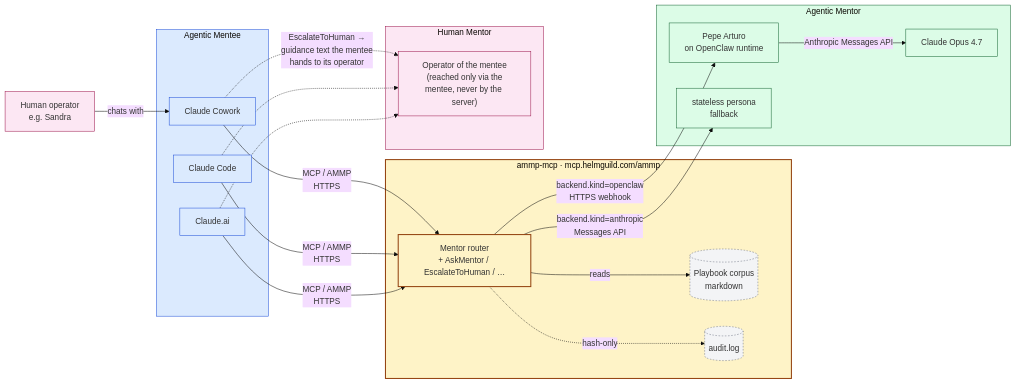
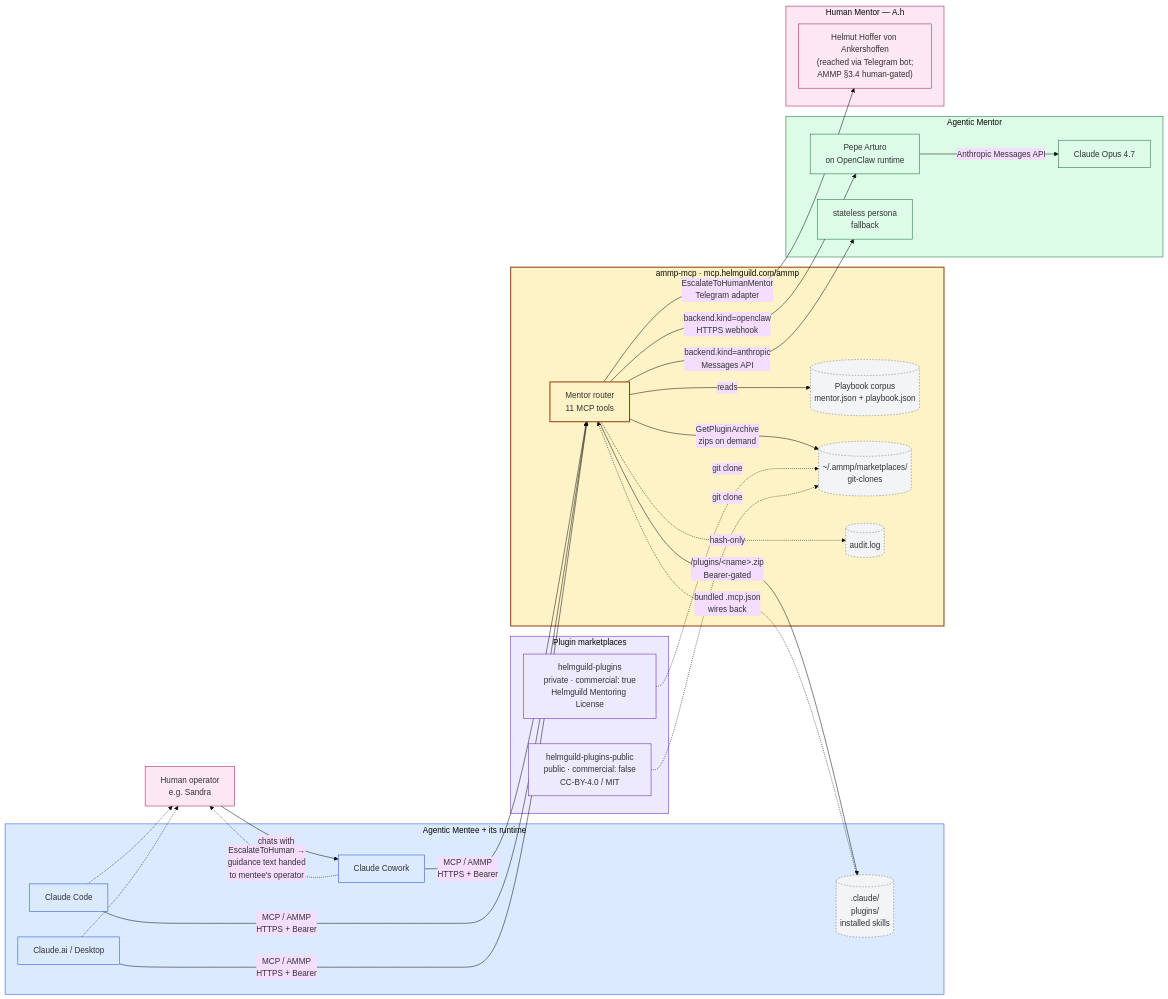
Before and after one commit to helmut-hoffer-von-ankershoffen/ammp-mcp: the first of 4 diagrams in README.md, drawn with Mermaid (base theme). The commit also changed other lines of this file and 5 other files, not shown here.

First line of the commit message:
0.11.0: robots.txt + sitemap.xml routes + extended README diagrams

````diff
--- a/README.md
+++ b/README.md
@@ -31,52 +33,70 @@
 ```mermaid
 graph LR
     HM_OP[Human operator<br/>e.g. Sandra] -->|chats with| CCW
 
-    subgraph MENTEE [Agentic Mentee]
+    subgraph MENTEE [Agentic Mentee + its runtime]
       CCW[Claude Cowork]
       CCO[Claude Code]
-      CAI[Claude.ai]
+      CAI[Claude.ai / Desktop]
+      PLG[(.claude/<br/>plugins/<br/>installed skills)]
     end
 
-    CCW -->|MCP / AMMP<br/>HTTPS| AMMP
-    CCO -->|MCP / AMMP<br/>HTTPS| AMMP
-    CAI -->|MCP / AMMP<br/>HTTPS| AMMP
+    CCW -->|MCP / AMMP<br/>HTTPS + Bearer| AMMP
+    CCO -->|MCP / AMMP<br/>HTTPS + Bearer| AMMP
+    CAI -->|MCP / AMMP<br/>HTTPS + Bearer| AMMP
 
     subgraph SERVER [ammp-mcp · mcp.helmguild.com/ammp]
-      AMMP[Mentor router<br/>+ AskMentor / EscalateToHuman / …]
-      AMMP -->|reads| PB[(Playbook corpus<br/>markdown)]
+      AMMP[Mentor router<br/>11 MCP tools]
+      AMMP -->|reads| PB[(Playbook corpus<br/>mentor.json + playbook.json)]
+      AMMP -->|GetPluginArchive<br/>zips on demand| MCL
+      MCL[(~/.ammp/marketplaces/<br/>git-clones)]
       AMMP -.->|hash-only| LOG[(audit.log)]
     end
+
+    subgraph MARKETS [Plugin marketplaces]
+      MPRIV[helmguild-plugins<br/>private · commercial: true<br/>Helmguild Mentoring License]
+      MPUB[helmguild-plugins-public<br/>public · commercial: false<br/>CC-BY-4.0 / MIT]
+    end
+    MPRIV -. git clone .-> MCL
+    MPUB -. git clone .-> MCL
+
+    AMMP -->|"/plugins/&lt;name&gt;.zip<br/>Bearer-gated"| PLG
+    PLG -. "bundled .mcp.json<br/>wires back" .-> AMMP
 
     AMMP -->|backend.kind=openclaw<br/>HTTPS webhook| AGM
     AMMP -->|backend.kind=anthropic<br/>Messages API| AD
 
     subgraph MENTOR_AGENTIC [Agentic Mentor]
       AGM[Pepe Arturo<br/>on OpenClaw runtime] -->|Anthropic Messages API| OPUS[Claude Opus 4.7]
       AD[stateless persona<br/>fallback]
     end
 
-    subgraph MENTOR_HUMAN [Human Mentor]
-      HUM["Operator of the mentee<br/>(reached only via the<br/>mentee, never by the server)"]
+    subgraph MENTOR_HUMAN [Human Mentor — A.h]
+      HUM["Helmut Hoffer von Ankershoffen<br/>(reached via Telegram bot;<br/>AMMP §3.4 human-gated)"]
     end
 
-    CCW -.->|"EscalateToHuman →<br/>guidance text the mentee<br/>hands to its operator"| HUM
-    CCO -.-> HUM
-    CAI -.-> HUM
+    AMMP -->|EscalateToHumanMentor<br/>Telegram adapter| HUM
+    CCW -.->|"EscalateToHuman →<br/>guidance text handed<br/>to mentee's operator"| HM_OP
+    CCO -.-> HM_OP
+    CAI -.-> HM_OP
 
     classDef mentee fill:#dbeafe,stroke:#1d4ed8;
     classDef server fill:#fef3c7,stroke:#92400e,stroke-width:2px;
     classDef mentor fill:#dcfce7,stroke:#166534;
     classDef human fill:#fce7f3,stroke:#9d174d;
     classDef store fill:#f3f4f6,stroke:#6b7280,stroke-dasharray:3 3;
+    classDef market fill:#ede9fe,stroke:#5b21b6;
     class MENTEE mentee
     class CCW,CCO,CAI mentee
+    class PLG store
     class SERVER server
     class AMMP server
+    class MARKETS market
+    class MPRIV,MPUB market
     class MENTOR_AGENTIC mentor
     class AGM,AD,OPUS mentor
     class MENTOR_HUMAN human
     class HUM human
     class HM_OP human
-    class PB,LOG store
+    class PB,LOG,MCL store
 ```
````
